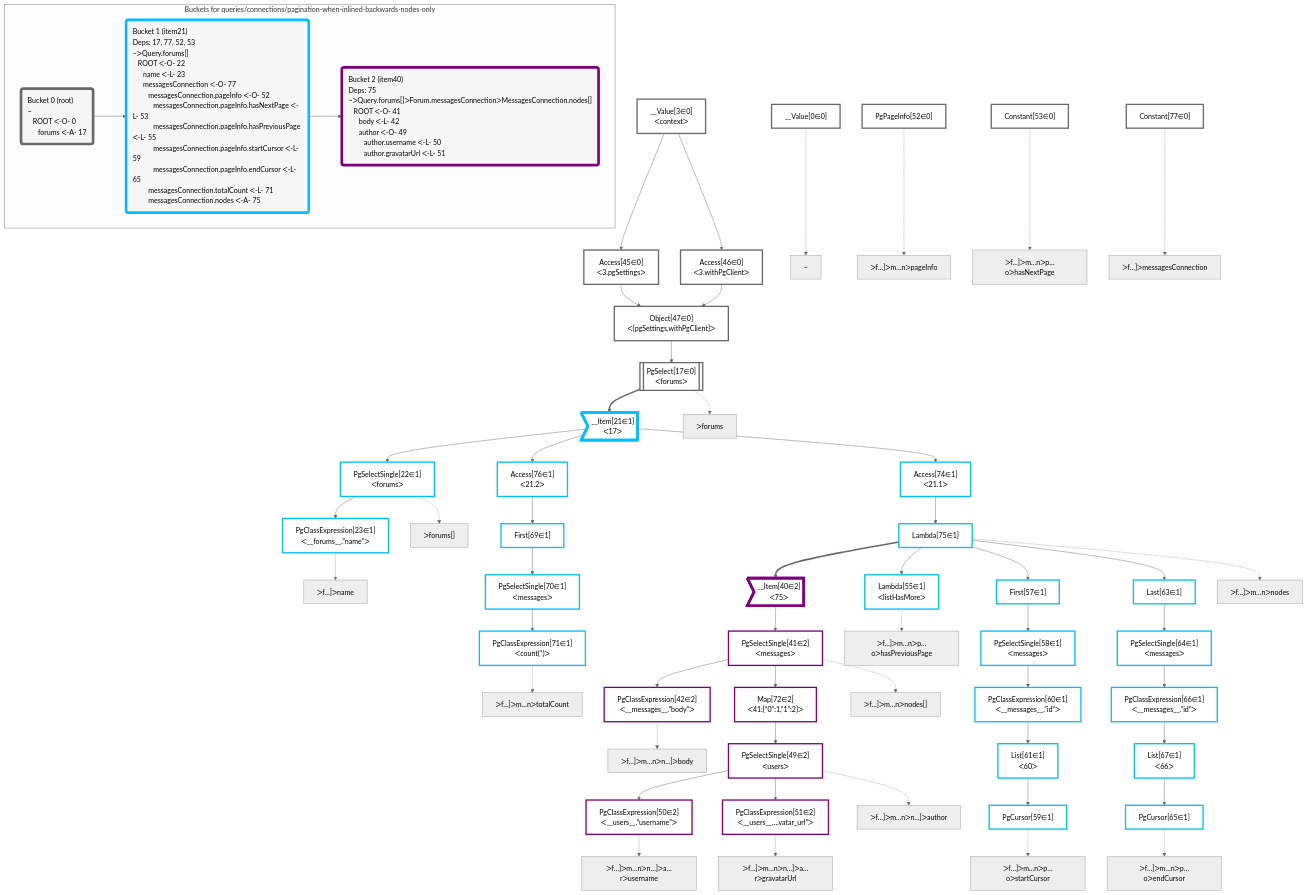
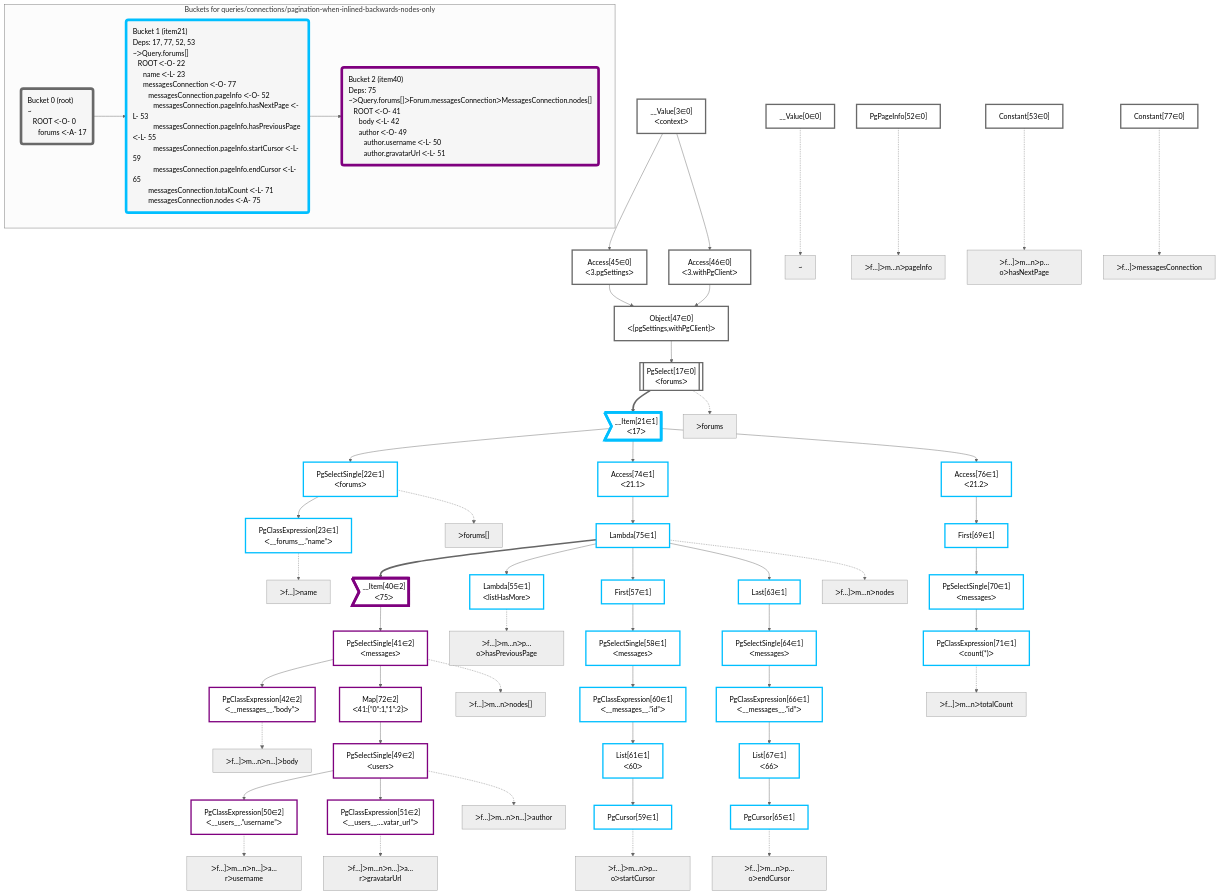
Before and after one commit to graphile/crystal: the diagram in packages/dataplan-pg/__tests__/queries/connections/pagination-when-inlined-backwards-nodes-only.mermaid.md, drawn with Mermaid (neutral theme). The commit also changed other lines of this file and 195 other files, not shown here.

Commit message:
Reorder graphs

```diff
--- a/packages/dataplan-pg/__tests__/queries/connections/pagination-when-inlined-backwards-nodes-only.mermaid.md
+++ b/packages/dataplan-pg/__tests__/queries/connections/pagination-when-inlined-backwards-nodes-only.mermaid.md
@@ -9,74 +9,74 @@
 
     %% define plans
     __Value0["__Value[0∈0]"]:::plan
+    __Value3["__Value[3∈0]<br />ᐸcontextᐳ"]:::plan
+    Access45["Access[45∈0]<br />ᐸ3.pgSettingsᐳ"]:::plan
+    Access46["Access[46∈0]<br />ᐸ3.withPgClientᐳ"]:::plan
+    Object47["Object[47∈0]<br />ᐸ{pgSettings,withPgClient}ᐳ"]:::plan
+    PgSelect17[["PgSelect[17∈0]<br />ᐸforumsᐳ"]]:::plan
+    __Item21>"__Item[21∈1]<br />ᐸ17ᐳ"]:::itemplan
+    PgSelectSingle22["PgSelectSingle[22∈1]<br />ᐸforumsᐳ"]:::plan
     PgClassExpression23["PgClassExpression[23∈1]<br />ᐸ__forums__.”name”ᐳ"]:::plan
-    PgSelectSingle22["PgSelectSingle[22∈1]<br />ᐸforumsᐳ"]:::plan
-    PgClassExpression71["PgClassExpression[71∈1]<br />ᐸcount(*)ᐳ"]:::plan
-    PgSelectSingle70["PgSelectSingle[70∈1]<br />ᐸmessagesᐳ"]:::plan
-    First69["First[69∈1]"]:::plan
-    Access76["Access[76∈1]<br />ᐸ21.2ᐳ"]:::plan
+    Constant77["Constant[77∈0]"]:::plan
+    Access74["Access[74∈1]<br />ᐸ21.1ᐳ"]:::plan
+    Lambda75["Lambda[75∈1]"]:::plan
+    __Item40>"__Item[40∈2]<br />ᐸ75ᐳ"]:::itemplan
+    PgSelectSingle41["PgSelectSingle[41∈2]<br />ᐸmessagesᐳ"]:::plan
     PgClassExpression42["PgClassExpression[42∈2]<br />ᐸ__messages__.”body”ᐳ"]:::plan
+    Map72["Map[72∈2]<br />ᐸ41:{”0”:1,”1”:2}ᐳ"]:::plan
+    PgSelectSingle49["PgSelectSingle[49∈2]<br />ᐸusersᐳ"]:::plan
     PgClassExpression50["PgClassExpression[50∈2]<br />ᐸ__users__.”username”ᐳ"]:::plan
     PgClassExpression51["PgClassExpression[51∈2]<br />ᐸ__users__....vatar_url”ᐳ"]:::plan
-    PgSelectSingle49["PgSelectSingle[49∈2]<br />ᐸusersᐳ"]:::plan
-    Map72["Map[72∈2]<br />ᐸ41:{”0”:1,”1”:2}ᐳ"]:::plan
-    PgSelectSingle41["PgSelectSingle[41∈2]<br />ᐸmessagesᐳ"]:::plan
-    __Item40>"__Item[40∈2]<br />ᐸ75ᐳ"]:::itemplan
-    Lambda55["Lambda[55∈1]<br />ᐸlistHasMoreᐳ"]:::plan
-    PgCursor59["PgCursor[59∈1]"]:::plan
-    List61["List[61∈1]<br />ᐸ60ᐳ"]:::plan
-    PgClassExpression60["PgClassExpression[60∈1]<br />ᐸ__messages__.”id”ᐳ"]:::plan
-    PgSelectSingle58["PgSelectSingle[58∈1]<br />ᐸmessagesᐳ"]:::plan
-    First57["First[57∈1]"]:::plan
-    PgCursor65["PgCursor[65∈1]"]:::plan
-    List67["List[67∈1]<br />ᐸ66ᐳ"]:::plan
-    PgClassExpression66["PgClassExpression[66∈1]<br />ᐸ__messages__.”id”ᐳ"]:::plan
-    PgSelectSingle64["PgSelectSingle[64∈1]<br />ᐸmessagesᐳ"]:::plan
-    Last63["Last[63∈1]"]:::plan
-    Lambda75["Lambda[75∈1]"]:::plan
-    Access74["Access[74∈1]<br />ᐸ21.1ᐳ"]:::plan
-    __Item21>"__Item[21∈1]<br />ᐸ17ᐳ"]:::itemplan
-    PgSelect17[["PgSelect[17∈0]<br />ᐸforumsᐳ"]]:::plan
-    Object47["Object[47∈0]<br />ᐸ{pgSettings,withPgClient}ᐳ"]:::plan
-    Access45["Access[45∈0]<br />ᐸ3.pgSettingsᐳ"]:::plan
-    Access46["Access[46∈0]<br />ᐸ3.withPgClientᐳ"]:::plan
-    __Value3["__Value[3∈0]<br />ᐸcontextᐳ"]:::plan
-    Constant77["Constant[77∈0]"]:::plan
     PgPageInfo52["PgPageInfo[52∈0]"]:::plan
     Constant53["Constant[53∈0]"]:::plan
+    Lambda55["Lambda[55∈1]<br />ᐸlistHasMoreᐳ"]:::plan
+    First57["First[57∈1]"]:::plan
+    PgSelectSingle58["PgSelectSingle[58∈1]<br />ᐸmessagesᐳ"]:::plan
+    PgClassExpression60["PgClassExpression[60∈1]<br />ᐸ__messages__.”id”ᐳ"]:::plan
+    List61["List[61∈1]<br />ᐸ60ᐳ"]:::plan
+    PgCursor59["PgCursor[59∈1]"]:::plan
+    Last63["Last[63∈1]"]:::plan
+    PgSelectSingle64["PgSelectSingle[64∈1]<br />ᐸmessagesᐳ"]:::plan
+    PgClassExpression66["PgClassExpression[66∈1]<br />ᐸ__messages__.”id”ᐳ"]:::plan
+    List67["List[67∈1]<br />ᐸ66ᐳ"]:::plan
+    PgCursor65["PgCursor[65∈1]"]:::plan
+    Access76["Access[76∈1]<br />ᐸ21.2ᐳ"]:::plan
+    First69["First[69∈1]"]:::plan
+    PgSelectSingle70["PgSelectSingle[70∈1]<br />ᐸmessagesᐳ"]:::plan
+    PgClassExpression71["PgClassExpression[71∈1]<br />ᐸcount(*)ᐳ"]:::plan
 
     %% plan dependencies
+    __Value3 --> Access45
+    __Value3 --> Access46
+    Access45 & Access46 --> Object47
+    Object47 --> PgSelect17
+    PgSelect17 ==> __Item21
+    __Item21 --> PgSelectSingle22
     PgSelectSingle22 --> PgClassExpression23
-    __Item21 --> PgSelectSingle22
-    PgSelectSingle70 --> PgClassExpression71
-    First69 --> PgSelectSingle70
-    Access76 --> First69
-    __Item21 --> Access76
+    __Item21 --> Access74
+    Access74 --> Lambda75
+    Lambda75 ==> __Item40
+    __Item40 --> PgSelectSingle41
     PgSelectSingle41 --> PgClassExpression42
+    PgSelectSingle41 --> Map72
+    Map72 --> PgSelectSingle49
     PgSelectSingle49 --> PgClassExpression50
     PgSelectSingle49 --> PgClassExpression51
-    Map72 --> PgSelectSingle49
-    PgSelectSingle41 --> Map72
-    __Item40 --> PgSelectSingle41
-    Lambda75 ==> __Item40
     Lambda75 --> Lambda55
+    Lambda75 --> First57
+    First57 --> PgSelectSingle58
+    PgSelectSingle58 --> PgClassExpression60
+    PgClassExpression60 --> List61
     List61 --> PgCursor59
-    PgClassExpression60 --> List61
-    PgSelectSingle58 --> PgClassExpression60
-    First57 --> PgSelectSingle58
-    Lambda75 --> First57
+    Lambda75 --> Last63
+    Last63 --> PgSelectSingle64
+    PgSelectSingle64 --> PgClassExpression66
+    PgClassExpression66 --> List67
     List67 --> PgCursor65
-    PgClassExpression66 --> List67
-    PgSelectSingle64 --> PgClassExpression66
-    Last63 --> PgSelectSingle64
-    Lambda75 --> Last63
-    Access74 --> Lambda75
-    __Item21 --> Access74
-    PgSelect17 ==> __Item21
-    Object47 --> PgSelect17
-    Access45 & Access46 --> Object47
-    __Value3 --> Access45
-    __Value3 --> Access46
+    __Item21 --> Access76
+    Access76 --> First69
+    First69 --> PgSelectSingle70
+    PgSelectSingle70 --> PgClassExpression71
 
     %% plan-to-path relationships
     P0["~"]
```
